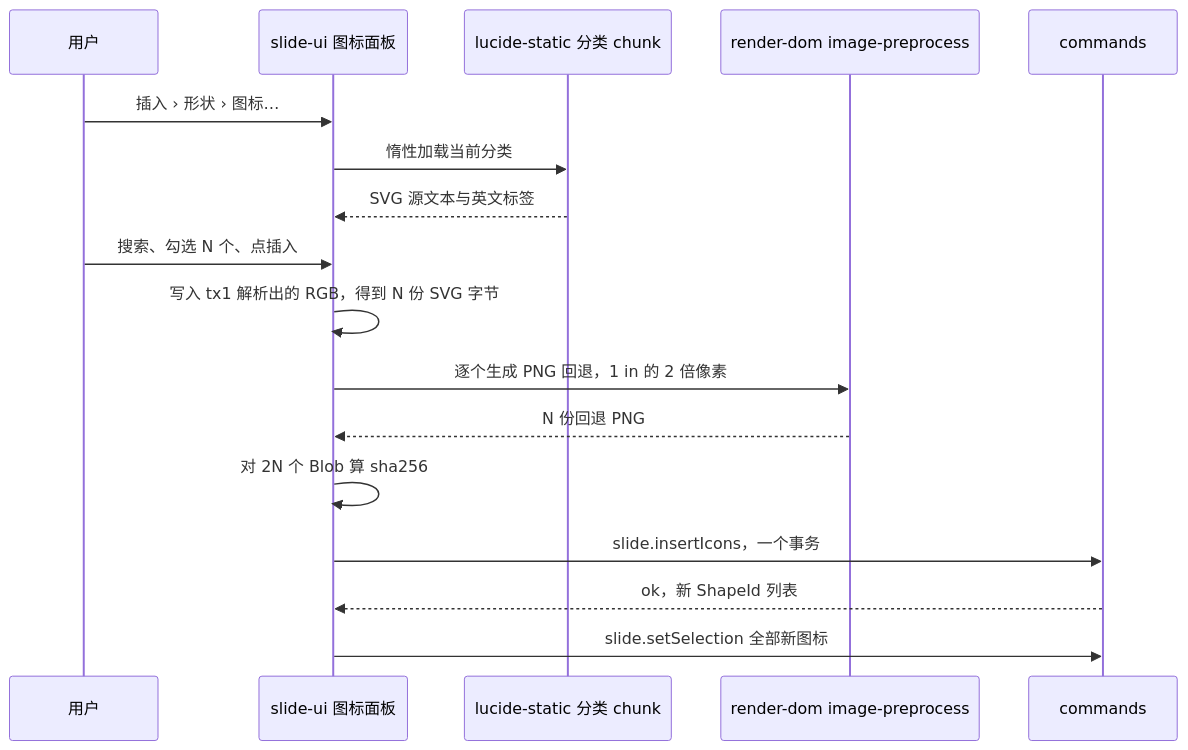
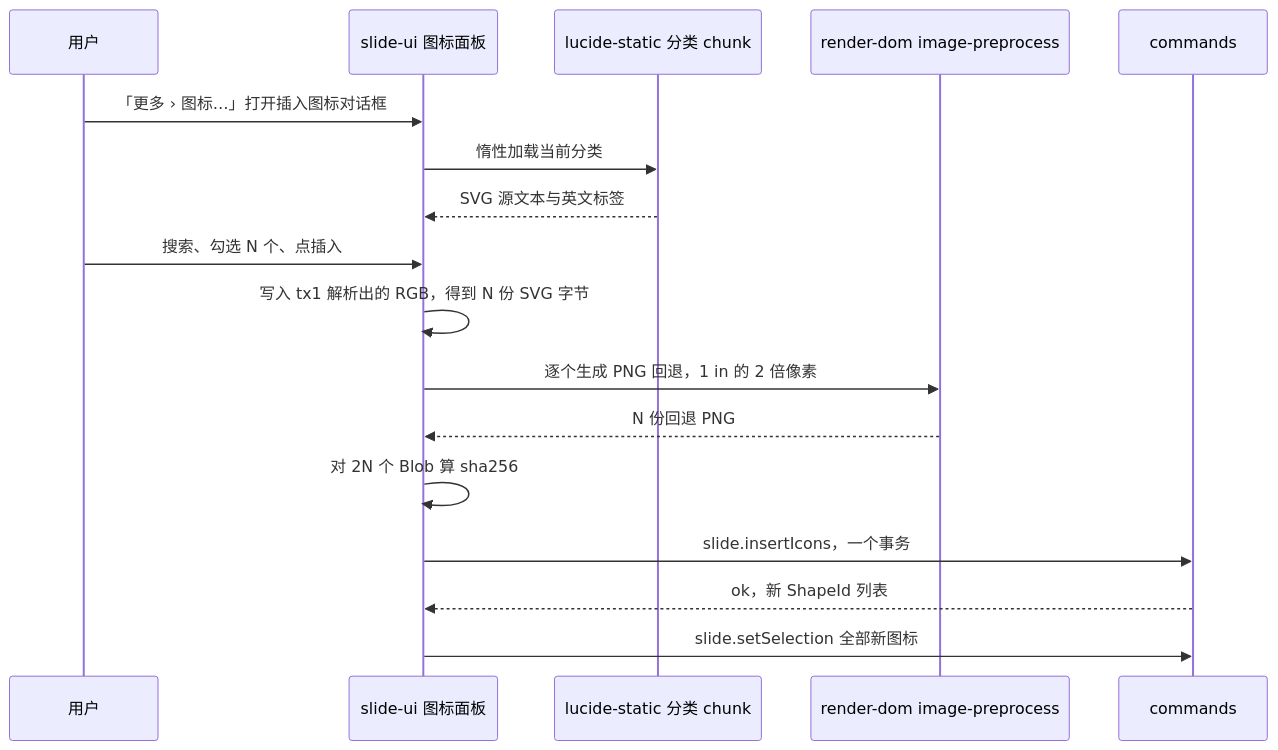
Before and after one commit to Xeonice/cordis-ppt-editor: the eighth of 12 diagrams in docs/50-frontend/23-elements-media.md, drawn with Mermaid. The commit also changed other lines of this file and 25 other files, not shown here.

````diff
--- a/docs/50-frontend/23-elements-media.md
+++ b/docs/50-frontend/23-elements-media.md
@@ -365,19 +366,19 @@
 ```mermaid
 sequenceDiagram
   participant user as 用户
   participant panel as slide-ui 图标面板
   participant chunk as lucide-static 分类 chunk
   participant pre as render-dom image-preprocess
   participant cmd as commands
-  user->>panel: 插入 › 形状 › 图标…
+  user->>panel: 「更多 › 图标…」打开插入图标对话框
   panel->>chunk: 惰性加载当前分类
   chunk-->>panel: SVG 源文本与英文标签
   user->>panel: 搜索、勾选 N 个、点插入
   panel->>panel: 写入 tx1 解析出的 RGB，得到 N 份 SVG 字节
   panel->>pre: 逐个生成 PNG 回退，1 in 的 2 倍像素
   pre-->>panel: N 份回退 PNG
   panel->>panel: 对 2N 个 Blob 算 sha256
   panel->>cmd: slide.insertIcons，一个事务
   cmd-->>panel: ok，新 ShapeId 列表
   panel->>cmd: slide.setSelection 全部新图标
 ```
````
